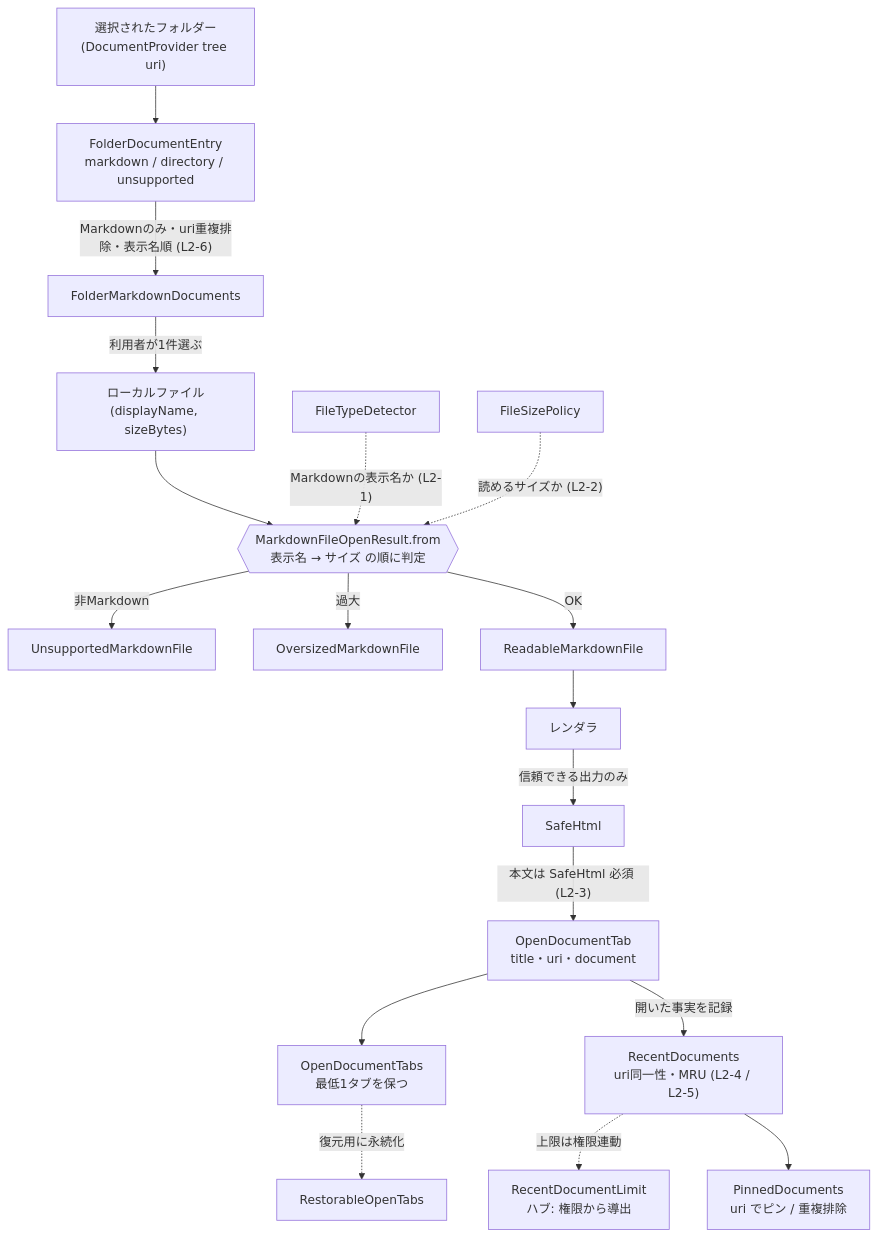
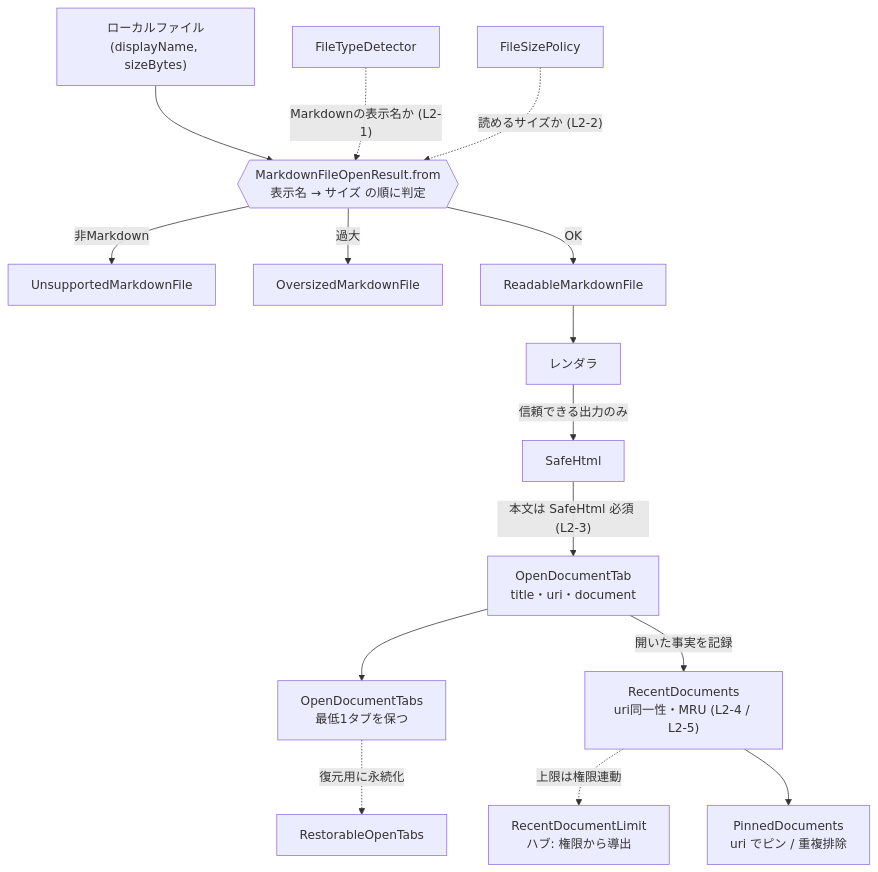
Before and after one commit to Yos-K/localmd-reader: the diagram in docs/domain/domain-glossary-viewer.md, drawn with Mermaid. The commit also changed other lines of this file and 75 other files, not shown here.

````diff
--- a/docs/domain/domain-glossary-viewer.md
+++ b/docs/domain/domain-glossary-viewer.md
@@ -20,29 +20,25 @@
 ```mermaid
 flowchart TD
     File["ローカルファイル<br/>(displayName, sizeBytes)"]
     Detector["FileTypeDetector"]
     SizePolicy["FileSizePolicy"]
     Open{{"MarkdownFileOpenResult.from<br/>表示名 → サイズ の順に判定"}}
 
     File --> Open
     Detector -.->|"Markdownの表示名か (L2-1)"| Open
     SizePolicy -.->|"読めるサイズか (L2-2)"| Open
     Open -->|"非Markdown"| Unsup["UnsupportedMarkdownFile"]
     Open -->|"過大"| Over["OversizedMarkdownFile"]
     Open -->|"OK"| Readable["ReadableMarkdownFile"]
 
     Readable --> Render["レンダラ"]
     Render -->|"信頼できる出力のみ"| Safe["SafeHtml"]
     Safe -->|"本文は SafeHtml 必須 (L2-3)"| Tab["OpenDocumentTab<br/>title・uri・document"]
     Tab --> Tabs["OpenDocumentTabs<br/>最低1タブを保つ"]
 
     Tab -->|"開いた事実を記録"| Recent["RecentDocuments<br/>uri同一性・MRU (L2-4 / L2-5)"]
     Recent -.->|"上限は権限連動"| Limit["RecentDocumentLimit<br/>ハブ: 権限から導出"]
     Recent --> Pin["PinnedDocuments<br/>uri でピン / 重複排除"]
     Tabs -.->|"復元用に永続化"| Restore["RestorableOpenTabs"]
 
-    Folder["選択されたフォルダー<br/>(DocumentProvider tree uri)"]
-    Folder --> FolderEntries["FolderDocumentEntry<br/>markdown / directory / unsupported"]
-    FolderEntries -->|"Markdownのみ・uri重複排除・表示名順 (L2-6)"| FolderDocs["FolderMarkdownDocuments"]
-    FolderDocs -->|"利用者が1件選ぶ"| File
 ```
````
